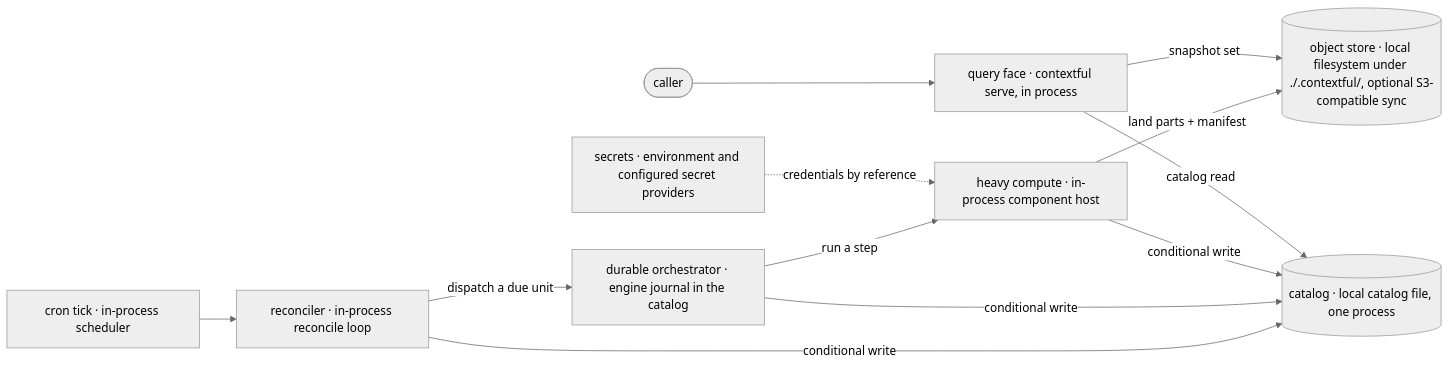
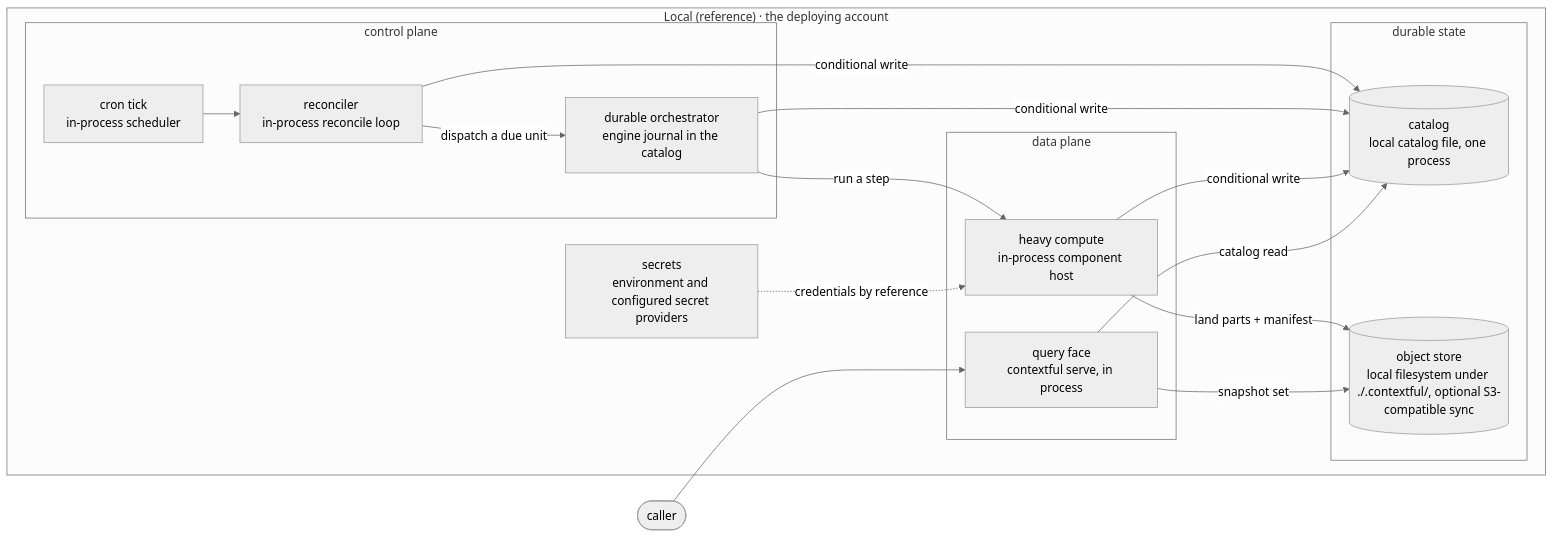
Before and after one commit to fractalboxdev/contextful: the third of 3 diagrams in spec/targets.md, drawn with Mermaid (neutral theme). The commit also changed other lines of this file and 33 other files, not shown here.

Commit message:
spec: diagrams draw contracts, parties and trust zones as containers; a node standing for one is refused

````diff
--- a/spec/targets.md
+++ b/spec/targets.md
@@ -104,18 +120,26 @@
 ```mermaid
 flowchart LR
   CALLER(["caller"])
-  TICK["cron tick · in-process scheduler"]
-  REC["reconciler · in-process reconcile loop"]
-  ORCH["durable orchestrator · engine journal in the catalog"]
-  COMP["heavy compute · in-process component host"]
-  QF["query face · contextful serve, in process"]
-  CAT[("catalog · local catalog file, one process")]
-  OBJ[("object store · local filesystem under ./.contextful/, optional S3-compatible sync")]
-  SEC["secrets · environment and configured secret providers"]
+  subgraph ACCOUNT["Local (reference) · the deploying account"]
+    subgraph CONTROL["control plane"]
+      TICK["cron tick<br/>in-process scheduler"]
+      REC["reconciler<br/>in-process reconcile loop"]
+      ORCH["durable orchestrator<br/>engine journal in the catalog"]
+    end
+    subgraph DATA["data plane"]
+      COMP["heavy compute<br/>in-process component host"]
+      QF["query face<br/>contextful serve, in process"]
+    end
+    subgraph STATE["durable state"]
+      CAT[("catalog<br/>local catalog file, one process")]
+      OBJ[("object store<br/>local filesystem under ./.contextful/, optional S3-compatible sync")]
+    end
+    SEC["secrets<br/>environment and configured secret providers"]
+  end
   TICK --> REC -- "dispatch a due unit" --> ORCH -- "run a step" --> COMP
   COMP -- "land parts + manifest" --> OBJ
   REC & ORCH & COMP -- "conditional write" --> CAT
   CALLER --> QF -- "snapshot set" --> OBJ
   QF -- "catalog read" --> CAT
   SEC -. "credentials by reference" .-> COMP
 ```
````
